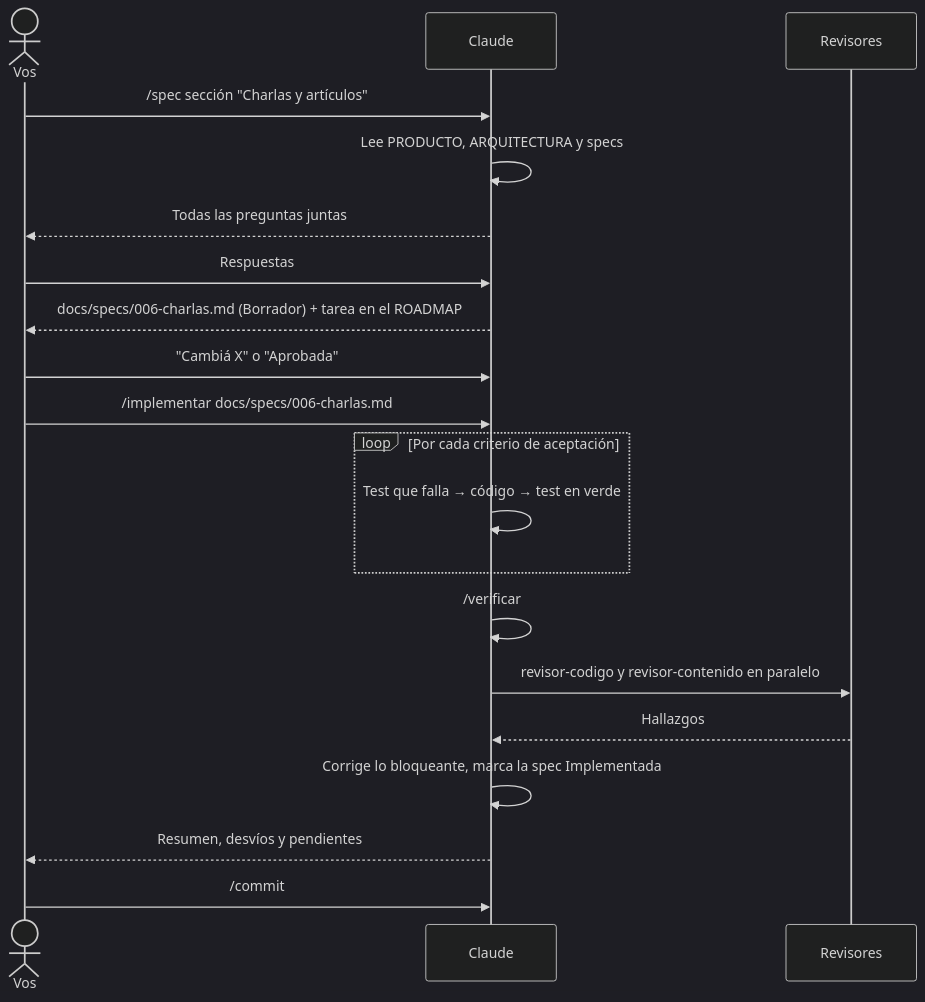
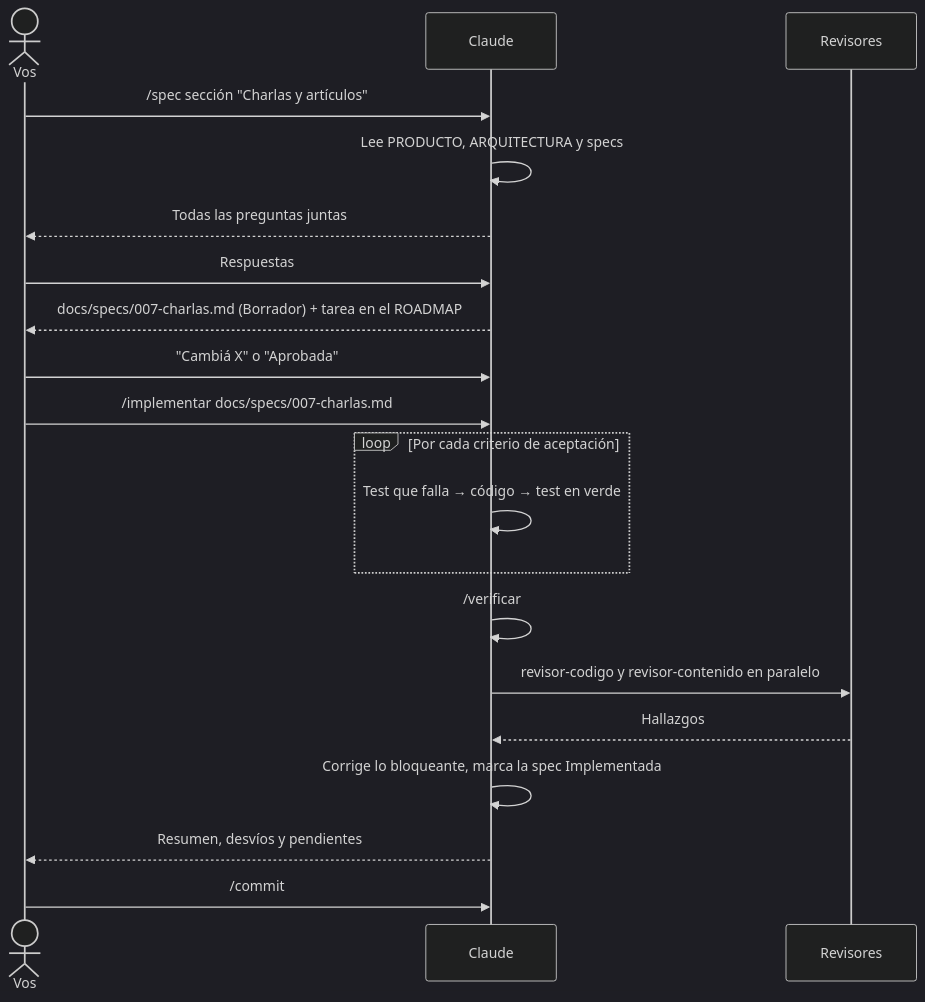
One commit to patricioprp/portfolio changed the second of 4 diagrams in docs/guia-ia/14-flujos-de-trabajo.md. Above: the diagram before and after it, drawn with Mermaid (dark theme). The commit also changed other lines of this file and 23 other files, not shown here.

````diff
--- a/docs/guia-ia/14-flujos-de-trabajo.md
+++ b/docs/guia-ia/14-flujos-de-trabajo.md
@@ -31,22 +32,23 @@
 ```mermaid
 sequenceDiagram
+    accTitle: Flujo completo de una funcionalidad nueva, de la spec al commit
     actor P as Vos
     participant C as Claude
     participant R as Revisores
     P->>C: /spec sección "Charlas y artículos"
     C->>C: Lee PRODUCTO, ARQUITECTURA y specs
     C-->>P: Todas las preguntas juntas
     P->>C: Respuestas
-    C-->>P: docs/specs/006-charlas.md (Borrador) + tarea en el ROADMAP
+    C-->>P: docs/specs/007-charlas.md (Borrador) + tarea en el ROADMAP
     P->>C: "Cambiá X" o "Aprobada"
-    P->>C: /implementar docs/specs/006-charlas.md
+    P->>C: /implementar docs/specs/007-charlas.md
     loop Por cada criterio de aceptación
         C->>C: Test que falla → código → test en verde
     end
     C->>C: /verificar
     C->>R: revisor-codigo y revisor-contenido en paralelo
     R-->>C: Hallazgos
     C->>C: Corrige lo bloqueante, marca la spec Implementada
     C-->>P: Resumen, desvíos y pendientes
     P->>C: /commit
 ```
````
